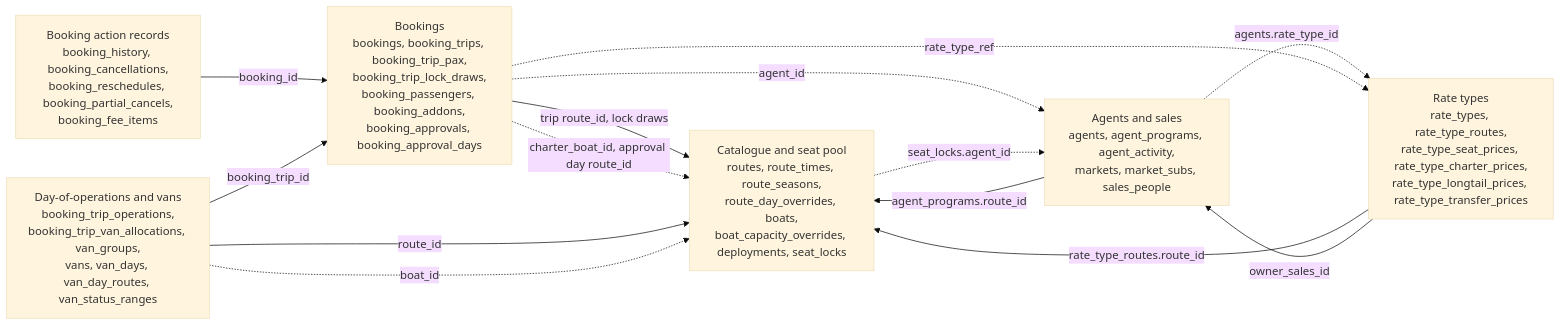
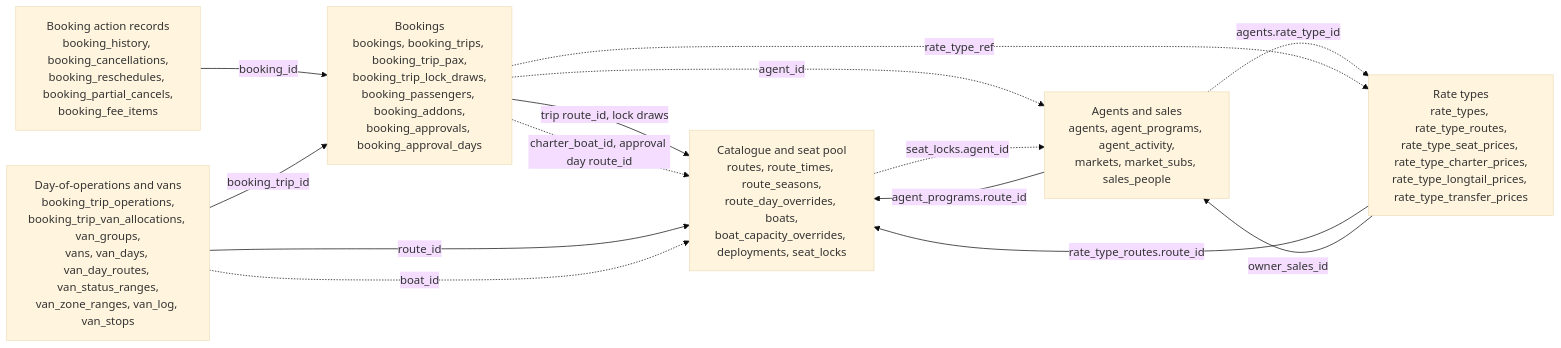
One commit to TheTaTha5/operation_backend changed the first of 7 diagrams in docs/schema.md. Above: the diagram before and after it, drawn with Mermaid (base theme). The commit also changed other lines of this file and 13 other files, not shown here.

First line of the commit message:
feat: van fields legacy keeps, and van stops

````diff
--- a/docs/schema.md
+++ b/docs/schema.md
@@ -28,23 +28,23 @@
 ```mermaid
 flowchart LR
   catalogue["Catalogue and seat pool<br/>routes, route_times, route_seasons,<br/>route_day_overrides, boats,<br/>boat_capacity_overrides, deployments, seat_locks"]
   bookings["Bookings<br/>bookings, booking_trips, booking_trip_pax,<br/>booking_trip_lock_draws,<br/>booking_passengers, booking_addons,<br/>booking_approvals, booking_approval_days"]
   actions["Booking action records<br/>booking_history, booking_cancellations,<br/>booking_reschedules, booking_partial_cancels,<br/>booking_fee_items"]
-  ops["Day-of-operations and vans<br/>booking_trip_operations,<br/>booking_trip_van_allocations, van_groups,<br/>vans, van_days, van_day_routes, van_status_ranges"]
+  ops["Day-of-operations and vans<br/>booking_trip_operations,<br/>booking_trip_van_allocations, van_groups,<br/>vans, van_days, van_day_routes, van_status_ranges,<br/>van_zone_ranges, van_log, van_stops"]
   sales["Agents and sales<br/>agents, agent_programs, agent_activity,<br/>markets, market_subs, sales_people"]
   rates["Rate types<br/>rate_types, rate_type_routes,<br/>rate_type_seat_prices, rate_type_charter_prices,<br/>rate_type_longtail_prices, rate_type_transfer_prices"]
 
   bookings -- "trip route_id, lock draws" --> catalogue
   bookings -. "charter_boat_id, approval day route_id" .-> catalogue
   actions -- "booking_id" --> bookings
   ops -- "booking_trip_id" --> bookings
   ops -- "route_id" --> catalogue
   ops -. "boat_id" .-> catalogue
   sales -- "agent_programs.route_id" --> catalogue
   bookings -. "agent_id" .-> sales
   catalogue -. "seat_locks.agent_id" .-> sales
   rates -- "rate_type_routes.route_id" --> catalogue
   rates -- "owner_sales_id" --> sales
   sales -. "agents.rate_type_id" .-> rates
   bookings -. "rate_type_ref" .-> rates
 ```
````
